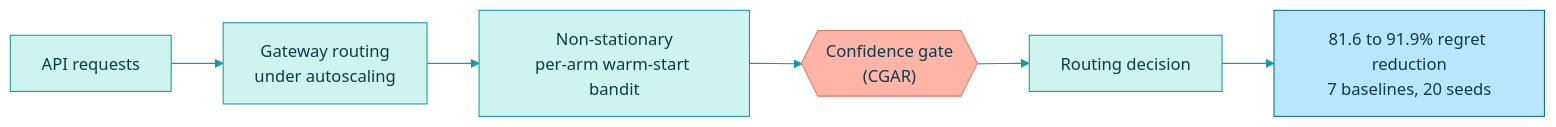
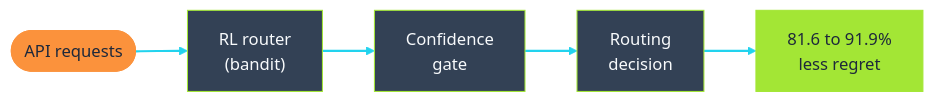
The third of 3 diagrams in README.md (khushi-070906/khushi-070906), drawn with Mermaid before and after one commit. The commit also changed other lines of this file and 11 other files, not shown here.

````diff
--- a/README.md
+++ b/README.md
@@ -104,11 +55,8 @@
 ```mermaid
-%%{init: {'theme':'base','themeVariables':{'primaryColor':'#CFF3EE','primaryTextColor':'#0B3C49','primaryBorderColor':'#0E9AA7','lineColor':'#0E9AA7','secondaryColor':'#FFE8C2','tertiaryColor':'#FFF6E5','fontFamily':'monospace'}}}%%
+%%{init: {'theme':'base','themeVariables':{'primaryColor':'#334155','primaryTextColor':'#F8FAFC','primaryBorderColor':'#A3E635','lineColor':'#22D3EE','fontFamily':'monospace'}}}%%
 flowchart LR
-    A["API requests"] --> B["Gateway routing<br/>under autoscaling"]
-    B --> C["Non-stationary<br/>per-arm warm-start bandit"]
-    C --> D{{"Confidence gate<br/>(CGAR)"}}
-    D --> E["Routing decision"]
-    E --> F["81.6 to 91.9% regret reduction<br/>7 baselines, 20 seeds"]
-    style D fill:#FFB4A8,stroke:#F2705E,color:#0B3C49
-    style F fill:#BAE6FD,stroke:#0369A1,color:#0B3C49
+    A(["API requests"]) --> B["RL router<br/>(bandit)"] --> C["Confidence<br/>gate"] --> D["Routing<br/>decision"] --> E["81.6 to 91.9%<br/>less regret"]
+    linkStyle default stroke:#22D3EE,stroke-width:2px
+    style A fill:#FB923C,stroke:#FB923C,color:#1E293B
+    style E fill:#A3E635,stroke:#A3E635,color:#1E293B
 ```
````
